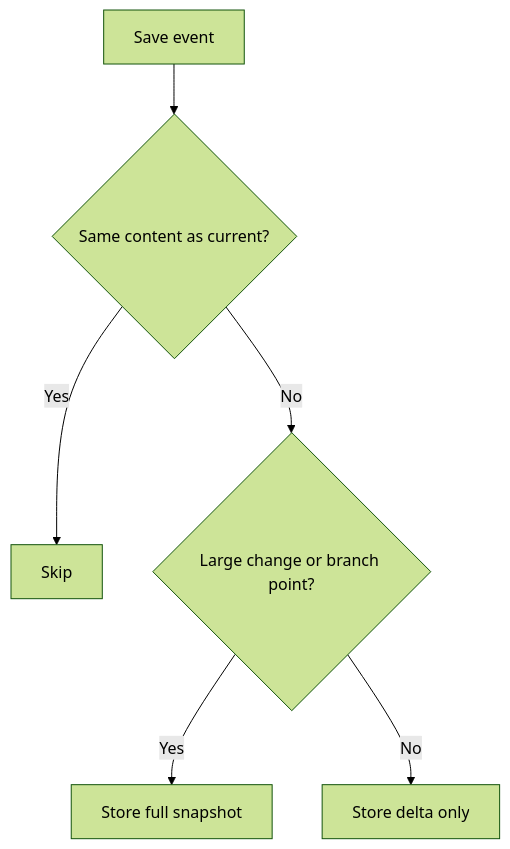
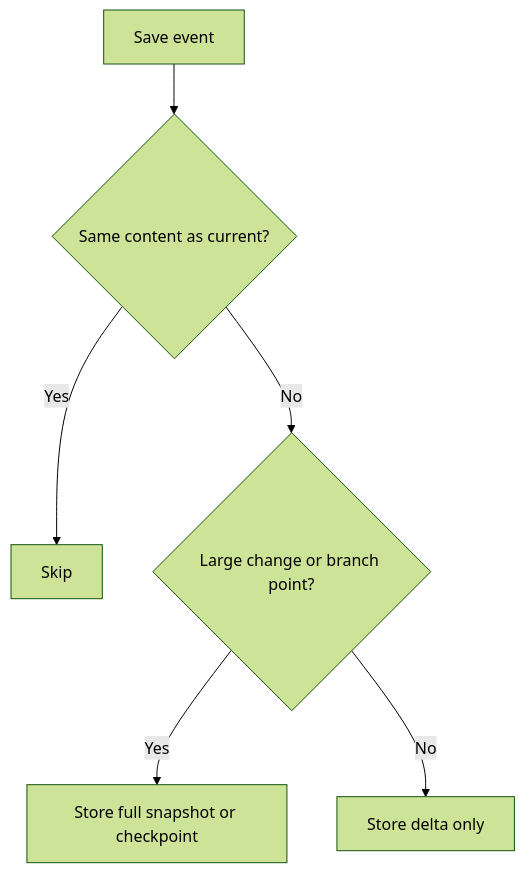
One commit to mmiyaji/vscode-undotree changed the fifth of 5 diagrams in README.md. Above: the diagram before and after it, drawn with Mermaid (forest theme). The commit also changed other lines of this file and 7 other files, not shown here.

````diff
--- a/README.md
+++ b/README.md
@@ -241,8 +278,8 @@
 ```mermaid
 flowchart TD
   save["Save event"] --> same{"Same content as current?"}
   same -->|Yes| skip["Skip"]
   same -->|No| ratio{"Large change or branch point?"}
-  ratio -->|Yes| full["Store full snapshot"]
+  ratio -->|Yes| full["Store full snapshot or checkpoint"]
   ratio -->|No| delta["Store delta only"]
 ```
````
